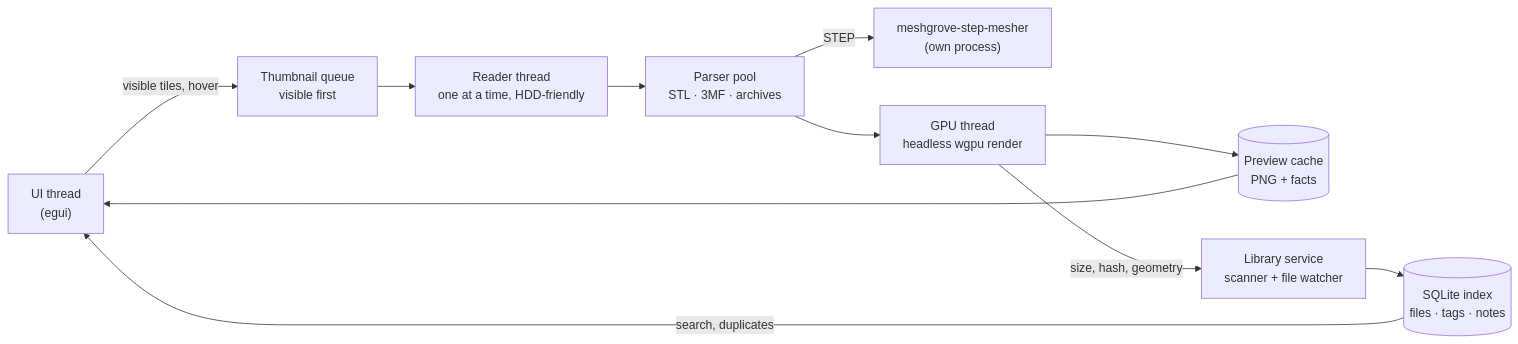
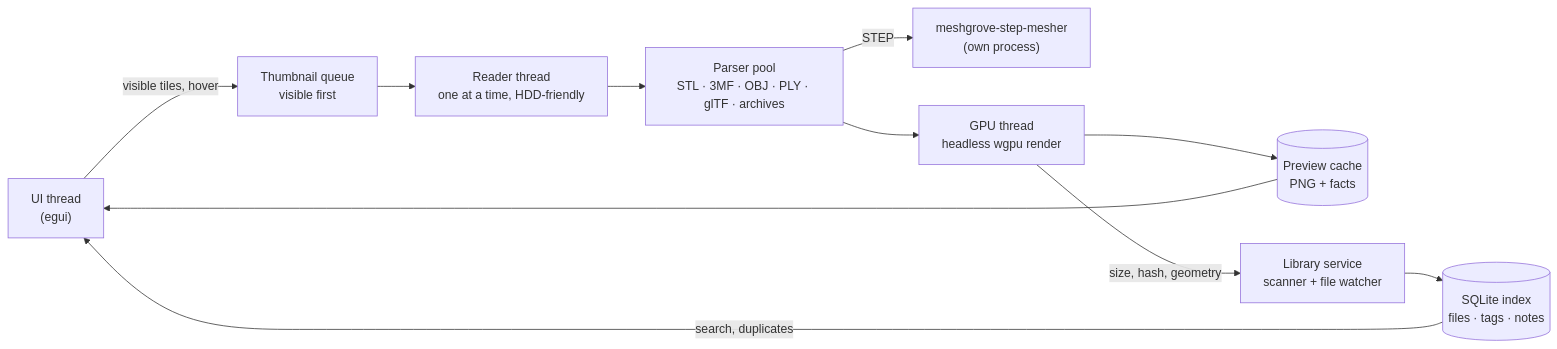
One commit to DonDavis-vibe/MeshGrove changed the diagram in README.md. Above: the diagram before and after it, drawn with Mermaid. The commit also changed other lines of this file and 26 other files, not shown here.

First line of the commit message:
OBJ, PLY and glTF/GLB models with their colours

````diff
--- a/README.md
+++ b/README.md
@@ -660,13 +664,13 @@
 ```mermaid
 flowchart LR
     UI["UI thread<br/>(egui)"] -- "visible tiles, hover" --> Q["Thumbnail queue<br/>visible first"]
     Q --> IO["Reader thread<br/>one at a time, HDD-friendly"]
-    IO --> P["Parser pool<br/>STL · 3MF · archives"]
+    IO --> P["Parser pool<br/>STL · 3MF · OBJ · PLY · glTF · archives"]
     P -- "STEP" --> S["meshgrove-step-mesher<br/>(own process)"]
     P --> G["GPU thread<br/>headless wgpu render"]
     G --> C[("Preview cache<br/>PNG + facts")]
     C --> UI
     L["Library service<br/>scanner + file watcher"] --> DB[("SQLite index<br/>files · tags · notes")]
     G -- "size, hash, geometry" --> L
     DB -- "search, duplicates" --> UI
 ```
````
